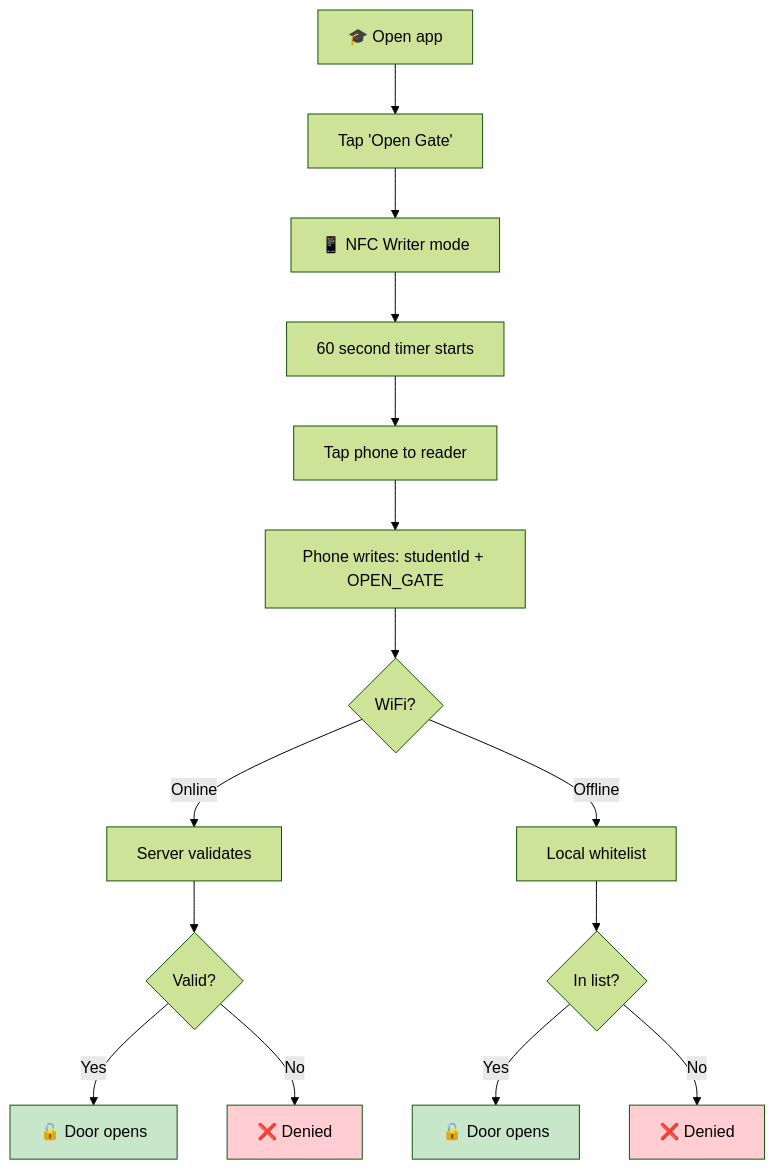
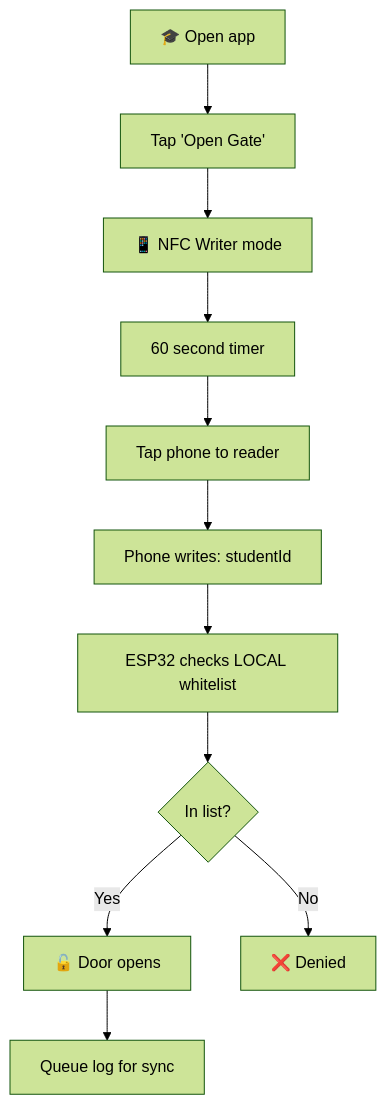
Before and after one commit to South-33/SmartCampus: the third of 7 diagrams in README.md, drawn with Mermaid (forest theme). The commit also changed other lines of this file, not shown here.

Commit message:
docs: local-first architecture + anti-cheat + notifications

````diff
--- a/README.md
+++ b/README.md
@@ -110,25 +99,15 @@
 ```mermaid
 flowchart TD
     A[🎓 Open app] --> B[Tap 'Open Gate']
     B --> C[📱 NFC Writer mode]
-    C --> D[60 second timer starts]
+    C --> D[60 second timer]
     D --> E[Tap phone to reader]
-    E --> F[Phone writes: studentId + OPEN_GATE]
-    F --> G{WiFi?}
+    E --> F[Phone writes: studentId]
+    F --> G[ESP32 checks LOCAL whitelist]
+    G --> H{In list?}
     
-    G -->|Online| H[Server validates]
-    G -->|Offline| I[Local whitelist]
+    H -->|Yes| I[🔓 Door opens]
+    H -->|No| J[❌ Denied]
     
-    H --> J{Valid?}
-    I --> K{In list?}
-    
-    J -->|Yes| L[🔓 Door opens]
-    J -->|No| M[❌ Denied]
-    K -->|Yes| N[🔓 Door opens]
-    K -->|No| O[❌ Denied]
-    
-    style L fill:#c8e6c9
-    style N fill:#c8e6c9
-    style M fill:#ffcdd2
-    style O fill:#ffcdd2
+    I --> K[Queue log for sync]
 ```
````
